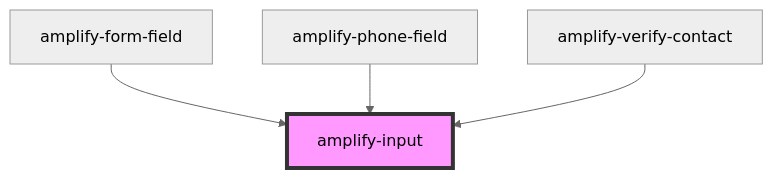
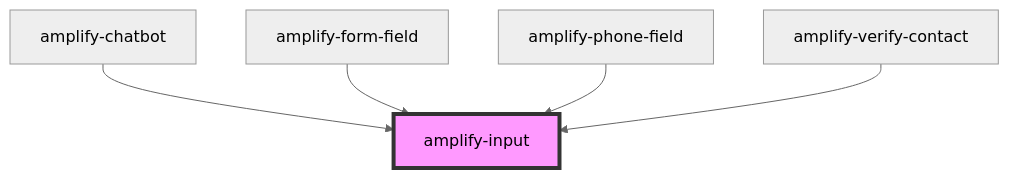
The diagram in packages/amplify-ui-components/src/components/amplify-input/readme.md (OneDev0411/amplify-js), drawn with Mermaid (neutral theme) before and after one commit. The commit also changed other lines of this file and 56 other files, not shown here.

First line of the commit message:
feat(@aws-amplify/ui-components): Add Chatbot UI to main (#6684)

````diff
--- a/packages/amplify-ui-components/src/components/amplify-input/readme.md
+++ b/packages/amplify-ui-components/src/components/amplify-input/readme.md
@@ -37,7 +38,8 @@
 ```mermaid
 graph TD;
+  amplify-chatbot --> amplify-input
   amplify-form-field --> amplify-input
   amplify-phone-field --> amplify-input
   amplify-verify-contact --> amplify-input
   style amplify-input fill:#f9f,stroke:#333,stroke-width:4px
 ```
````
